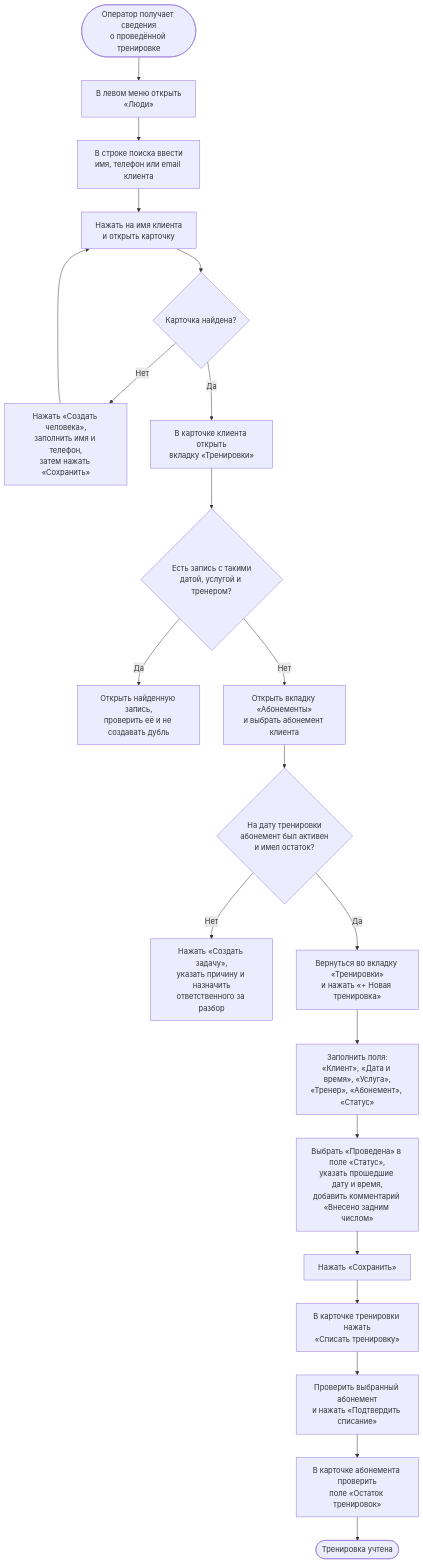
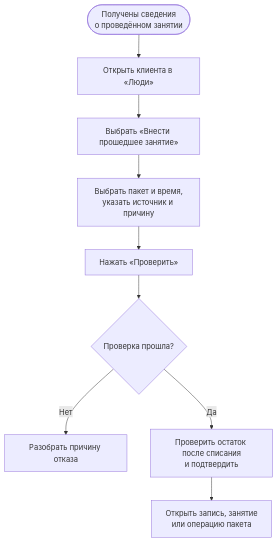
The fourth of 4 diagrams in Docs/customer-journey-diagrams.md (aleksandrov-evg/crm-twenty), drawn with Mermaid before and after one commit. The commit also changed other lines of this file and 22 other files, not shown here.

````diff
--- a/Docs/customer-journey-diagrams.md
+++ b/Docs/customer-journey-diagrams.md
@@ -93,28 +93,11 @@
 ```mermaid
 flowchart TD
-    START([Оператор получает сведения<br/>о проведённой тренировке])
-    --> PEOPLE[В левом меню открыть<br/>«Люди»]
-    --> SEARCH[В строке поиска ввести<br/>имя, телефон или email клиента]
-    --> OPEN_PERSON[Нажать на имя клиента<br/>и открыть карточку]
-
-    OPEN_PERSON --> CLIENT_FOUND{Карточка найдена?}
-    CLIENT_FOUND -->|Нет| CLIENT_ERROR[Нажать «Создать человека»,<br/>заполнить имя и телефон,<br/>затем нажать «Сохранить»]
-    CLIENT_ERROR --> OPEN_PERSON
-    CLIENT_FOUND -->|Да| TRAININGS[В карточке клиента открыть<br/>вкладку «Тренировки»]
-    TRAININGS --> DUPLICATE{Есть запись с такими<br/>датой, услугой и тренером?}
-
-    DUPLICATE -->|Да| STOP_DUPLICATE[Открыть найденную запись,<br/>проверить её и не создавать дубль]
-    DUPLICATE -->|Нет| SUBSCRIPTION[Открыть вкладку «Абонементы»<br/>и выбрать абонемент клиента]
-
-    SUBSCRIPTION --> COVERED{На дату тренировки<br/>абонемент был активен<br/>и имел остаток?}
-    COVERED -->|Нет| EXCEPTION[Нажать «Создать задачу»,<br/>указать причину и назначить<br/>ответственного за разбор]
-    COVERED -->|Да| CREATE[Вернуться во вкладку «Тренировки»<br/>и нажать «+ Новая тренировка»]
-
-    CREATE --> FILL[Заполнить поля:<br/>«Клиент», «Дата и время», «Услуга»,<br/>«Тренер», «Абонемент», «Статус»]
-    FILL --> STATUS[Выбрать «Проведена» в поле «Статус»,<br/>указать прошедшие дату и время,<br/>добавить комментарий «Внесено задним числом»]
-    STATUS --> SAVE[Нажать «Сохранить»]
-    SAVE --> DEDUCT[В карточке тренировки нажать<br/>«Списать тренировку»]
-    DEDUCT --> CONFIRM[Проверить выбранный абонемент<br/>и нажать «Подтвердить списание»]
-    CONFIRM --> CHECK[В карточке абонемента проверить<br/>поле «Остаток тренировок»]
-    CHECK --> END([Тренировка учтена])
+    START([Получены сведения<br/>о проведённом занятии]) --> PERSON[Открыть клиента в «Люди»]
+    PERSON --> COMMAND[Выбрать «Внести прошедшее занятие»]
+    COMMAND --> FORM[Выбрать пакет и время,<br/>указать источник и причину]
+    FORM --> CHECK[Нажать «Проверить»]
+    CHECK --> VALID{Проверка прошла?}
+    VALID -->|Нет| REVIEW[Разобрать причину отказа]
+    VALID -->|Да| CONFIRM[Проверить остаток после списания<br/>и подтвердить]
+    CONFIRM --> RESULT[Открыть запись, занятие<br/>или операцию пакета]
 ```
````
